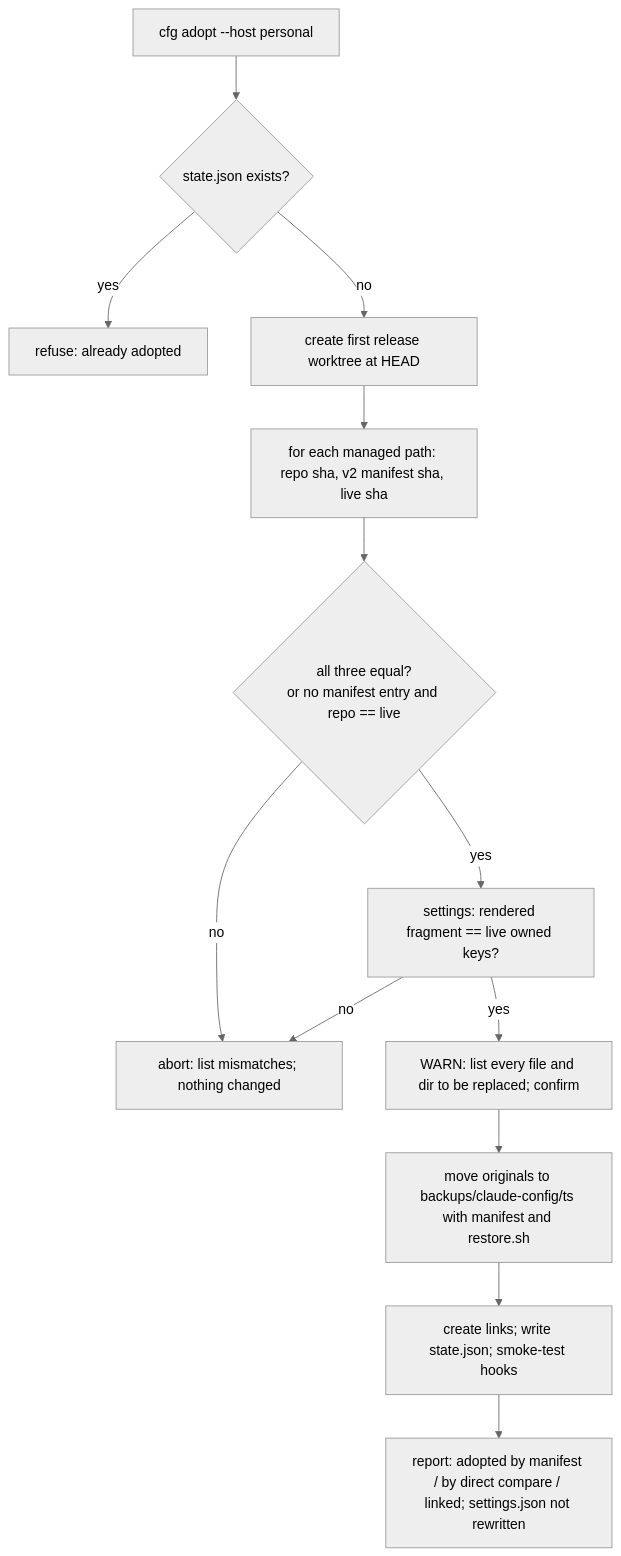
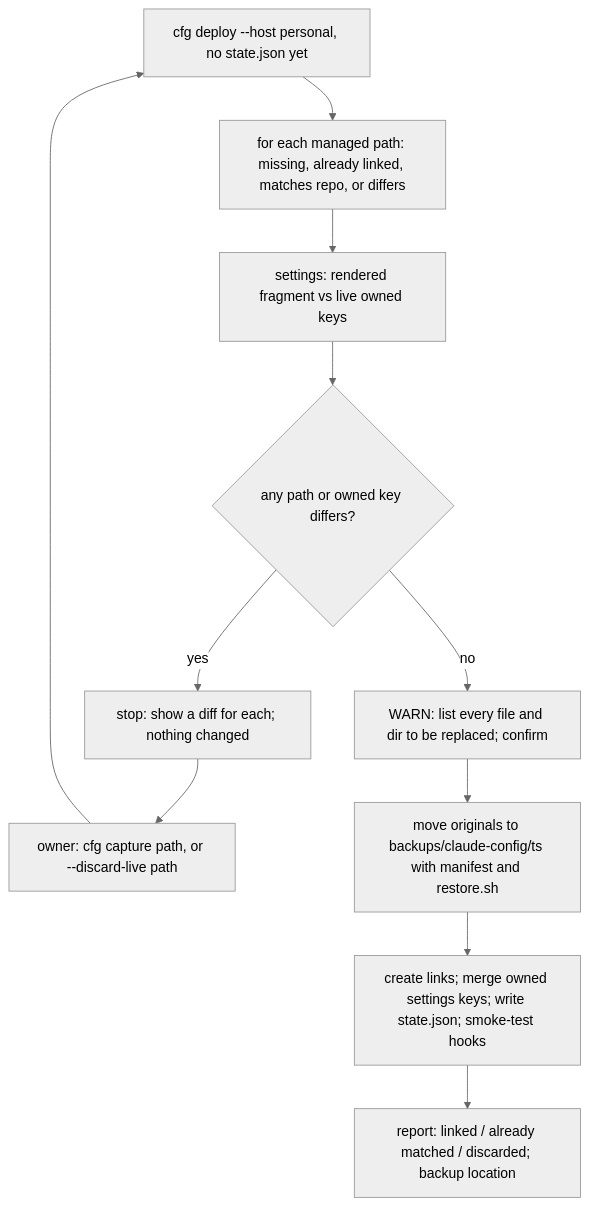
Before and after one commit to Towerism/claude-config: the fourth of 5 diagrams in docs/architecture/README.md, drawn with Mermaid (neutral theme). The commit also changed other lines of this file and 4 other files, not shown here.

First line of the commit message:
docs: say "first deploy" where the docs assumed adoption (#40)

````diff
--- a/docs/architecture/README.md
+++ b/docs/architecture/README.md
@@ -236,15 +235,13 @@
 ```mermaid
 flowchart TD
-  A[cfg adopt --host personal] --> B{state.json exists?}
-  B -- yes --> X[refuse: already adopted]
-  B -- no --> C[create first release worktree at HEAD]
-  C --> D[for each managed path: repo sha, v2 manifest sha, live sha]
-  D --> E{all three equal?<br/>or no manifest entry and repo == live}
-  E -- no --> F[abort: list mismatches; nothing changed]
-  E -- yes --> G[settings: rendered fragment == live owned keys?]
-  G -- no --> F
-  G -- yes --> W[WARN: list every file and dir to be replaced; confirm]
+  A[cfg deploy --host personal, no state.json yet] --> C[for each managed path: missing, already linked, matches repo, or differs]
+  C --> G[settings: rendered fragment vs live owned keys]
+  G --> E{any path or owned key differs?}
+  E -- yes --> F[stop: show a diff for each; nothing changed]
+  F --> R[owner: cfg capture path, or --discard-live path]
+  R --> A
+  E -- no --> W[WARN: list every file and dir to be replaced; confirm]
   W --> H[move originals to backups/claude-config/ts with manifest and restore.sh]
-  H --> I[create links; write state.json; smoke-test hooks]
-  I --> J[report: adopted by manifest / by direct compare / linked; settings.json not rewritten]
+  H --> I[create links; merge owned settings keys; write state.json; smoke-test hooks]
+  I --> J[report: linked / already matched / discarded; backup location]
 ```
````
